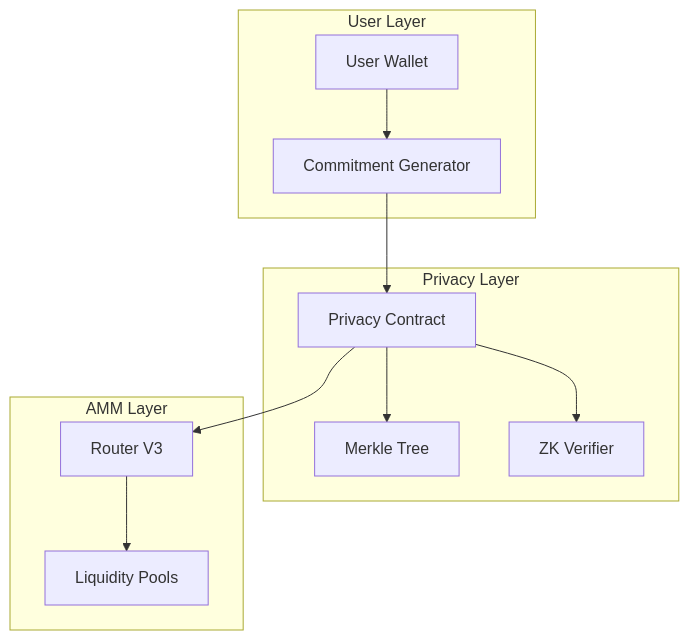
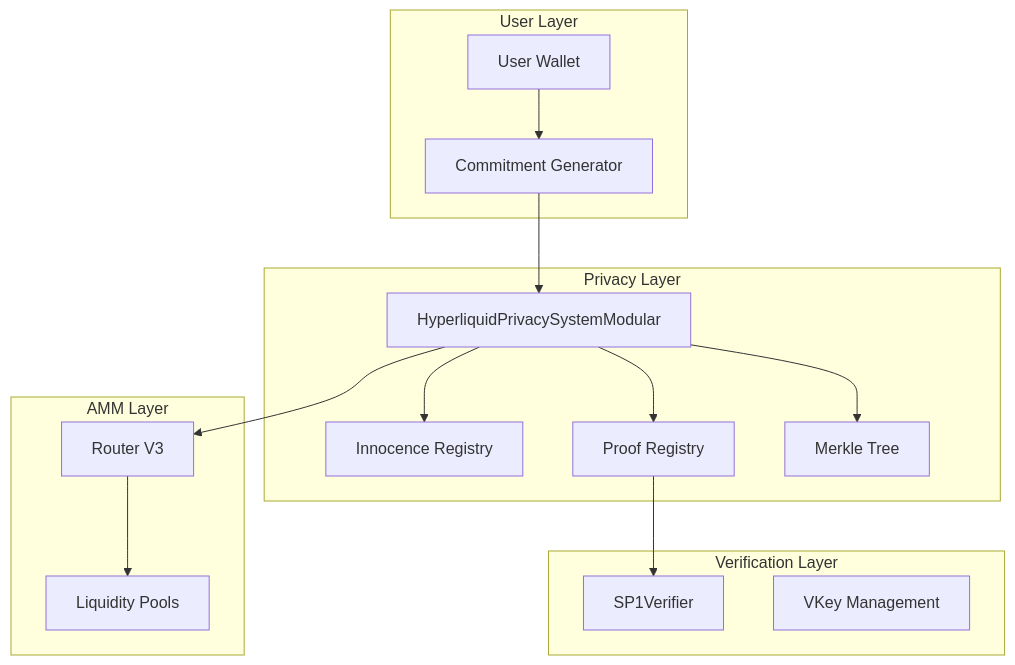
Before and after one commit to hxfinance/hx-docs: the diagram in pages/private-trading/technical-details.mdx, drawn with Mermaid. The commit also changed other lines of this file and 1 other file, not shown here.

````diff
--- a/pages/private-trading/technical-details.mdx
+++ b/pages/private-trading/technical-details.mdx
@@ -9,25 +13,33 @@
 ```mermaid
 graph TB
     subgraph "User Layer"
         U[User Wallet]
         C[Commitment Generator]
     end
     
     subgraph "Privacy Layer"
-        PC[Privacy Contract]
+        PC[HyperliquidPrivacySystemModular]
+        IR[Innocence Registry]
+        PR[Proof Registry]
         MT[Merkle Tree]
-        ZK[ZK Verifier]
+    end
+    
+    subgraph "Verification Layer"
+        SP[SP1Verifier]
+        VK[VKey Management]
     end
     
     subgraph "AMM Layer"
         R[Router V3]
         P[Liquidity Pools]
     end
     
     U --> C
     C --> PC
-    PC --> ZK
+    PC --> IR
+    PC --> PR
+    PR --> SP
     PC --> MT
     PC --> R
     R --> P
 ```
````
